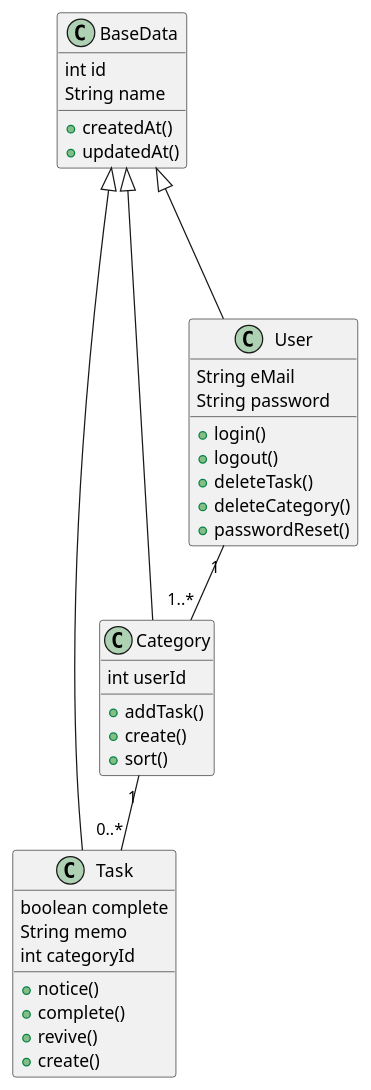
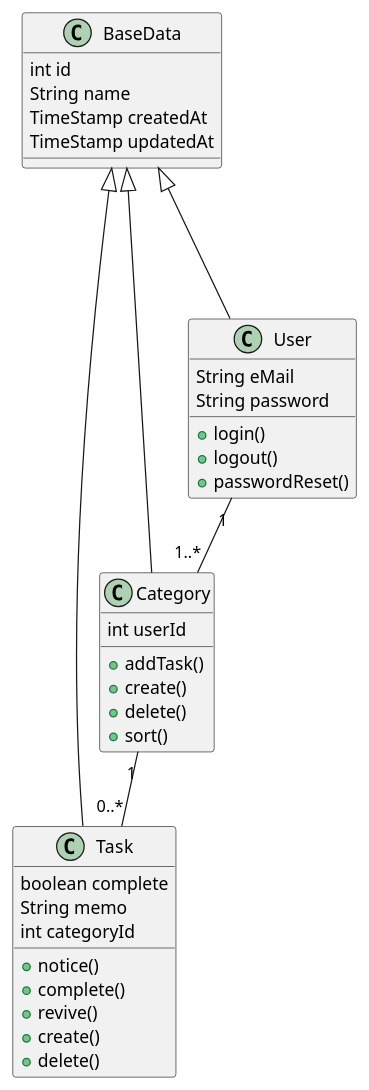
The diagram in docs/todolist.puml (e2054hottie/java_sample), drawn with PlantUML before and after one commit.

Commit message:
クラス図を修正しました。(最終版)

```diff
--- a/docs/todolist.puml
+++ b/docs/todolist.puml
@@ -1,49 +1,48 @@
 @startuml
 class BaseData{
     int id
     String name
-
-    +createdAt()
-    +updatedAt()
+    TimeStamp createdAt
+    TimeStamp updatedAt
 }
 
 class Task{
     boolean complete
     String memo
     int categoryId
 
     +notice()
     +complete()
     +revive()
     +create()
+    +delete()
 }
 
 class Category {
     int userId
 
     +addTask()
     +create()
+    +delete()
     +sort()
 }
 
 class User{
     String eMail
     String password
 
     +login()
     +logout()
-    +deleteTask()
-    +deleteCategory()
     +passwordReset()
 }
 
 
 
 BaseData<|---- Category
 BaseData<|-- User
 BaseData<|---- Task
 
 User "1" -- "1..*" Category
 Category "1" -- "0..*" Task
 
 @enduml
```
